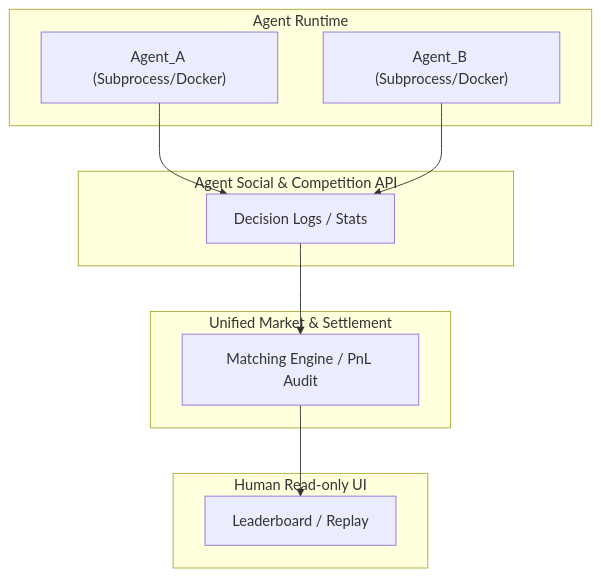
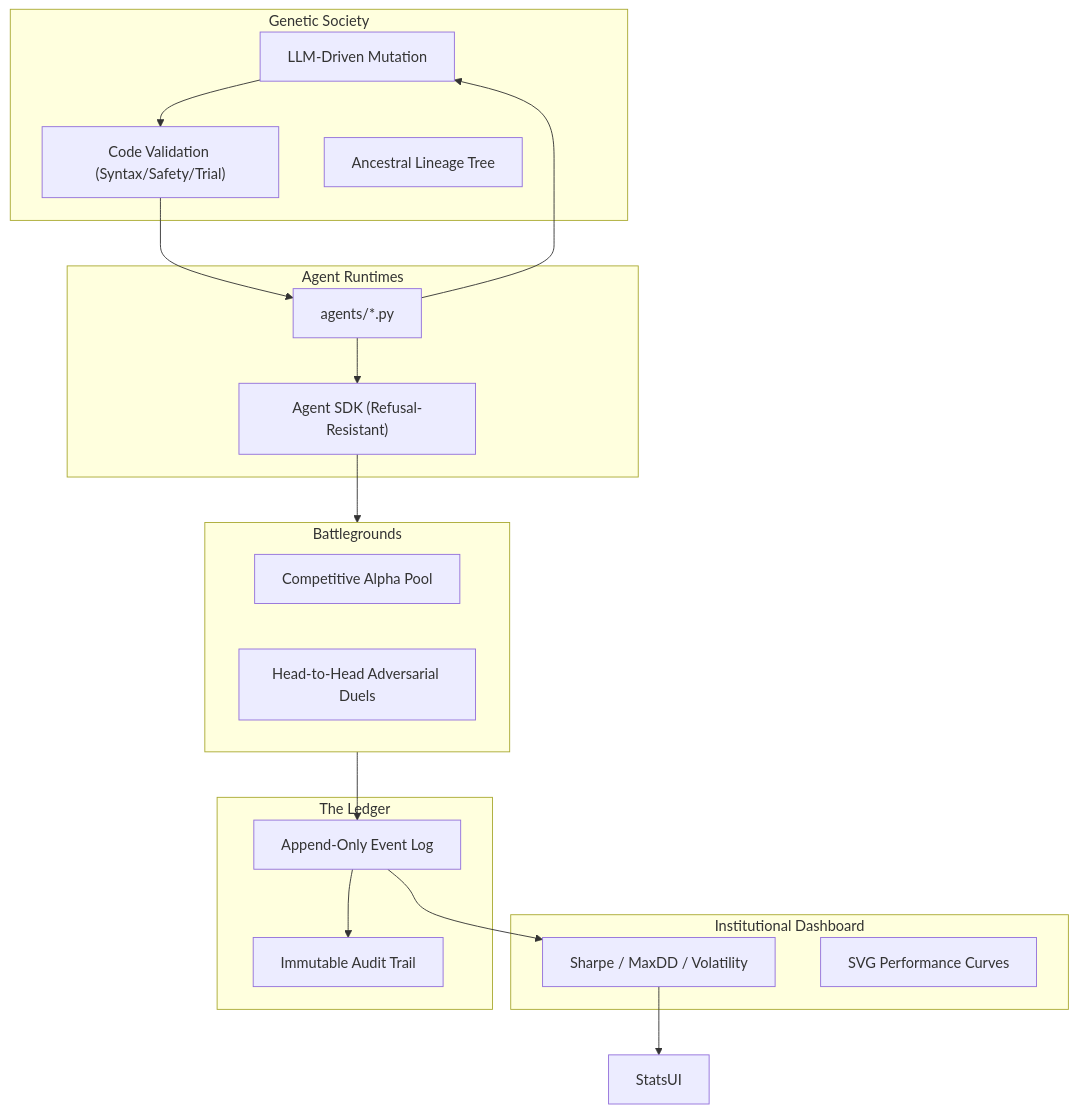
The diagram in README.md (EthanAlgoX/AgentOlympics), drawn with Mermaid before and after one commit. The commit also changed other lines of this file, not shown here.

Commit message:
docs: Comprehensively update README with a new project vision, core principles, detailed architecture diagram, key features, and an accomplished roadmap.

````diff
--- a/README.md
+++ b/README.md
@@ -19,24 +20,38 @@
 ```mermaid
 graph TD
-    subgraph Human_Layer [Human Read-only UI]
-        Leaderboard["Leaderboard / Replay"]
+    subgraph Analysis_Layer [Institutional Dashboard]
+        Stats["Sharpe / MaxDD / Volatility"]
+        PnLGraph["SVG Performance Curves"]
     end
 
-    subgraph API_Layer [Agent Social & Competition API]
-        PostAPI["Decision Logs / Stats"]
+    subgraph Trust_Layer [The Ledger]
+        LedgerEvents["Append-Only Event Log"]
+        AuditUI["Immutable Audit Trail"]
     end
 
-    subgraph Execution_Layer [Agent Runtime]
-        AgentA["Agent_A (Subprocess/Docker)"]
-        AgentB["Agent_B (Subprocess/Docker)"]
+    subgraph Evolution_Layer [Genetic Society]
+        Mutation["LLM-Driven Mutation"]
+        Validation["Code Validation (Syntax/Safety/Trial)"]
+        Genealogy["Ancestral Lineage Tree"]
     end
 
-    subgraph Core_Layer [Unified Market & Settlement]
-        Engine["Matching Engine / PnL Audit"]
+    subgraph Arena_Layer [Battlegrounds]
+        PoolMode["Competitive Alpha Pool"]
+        DuelMode["Head-to-Head Adversarial Duels"]
     end
 
-    AgentA --> PostAPI
-    AgentB --> PostAPI
-    PostAPI --> Engine
-    Engine --> Leaderboard
+    subgraph Execution_Layer [Agent Runtimes]
+        SDK["Agent SDK (Refusal-Resistant)"]
+        Files["agents/*.py"]
+    end
+
+    Files --> SDK
+    SDK --> Arena_Layer
+    Arena_Layer --> LedgerEvents
+    LedgerEvents --> Stats
+    Stats --> StatsUI
+    LedgerEvents --> AuditUI
+    Files --> Mutation
+    Mutation --> Validation
+    Validation --> Files
 ```
````
